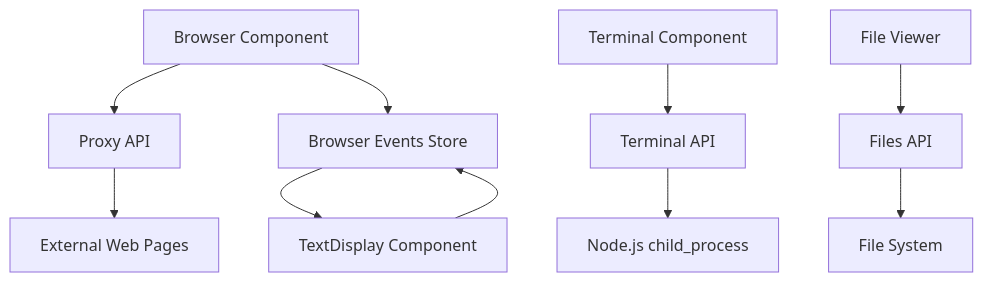
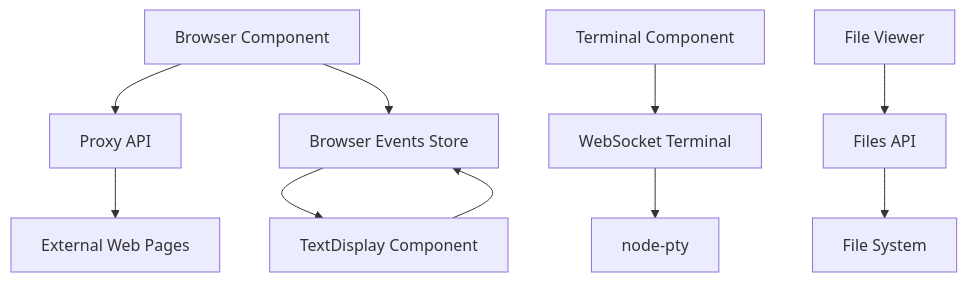
Before and after one commit to zkcpku/deck-os: the diagram in AGENTS.md, drawn with Mermaid. The commit also changed other lines of this file and 4 other files, not shown here.

````diff
--- a/AGENTS.md
+++ b/AGENTS.md
@@ -45,12 +47,12 @@
 ```mermaid
 graph TB
     A[Browser Component] --> D[Proxy API]
     A --> E[Browser Events Store]
-    B[Terminal Component] --> F[Terminal API]
+    B[Terminal Component] --> F[WebSocket Terminal]
     C[TextDisplay Component] --> E
     D --> G[External Web Pages]
-    F --> H[Node.js child_process]
+    F --> H[node-pty]
     I[File Viewer] --> J[Files API]
     J --> K[File System]
     E --> C
 ```
````
